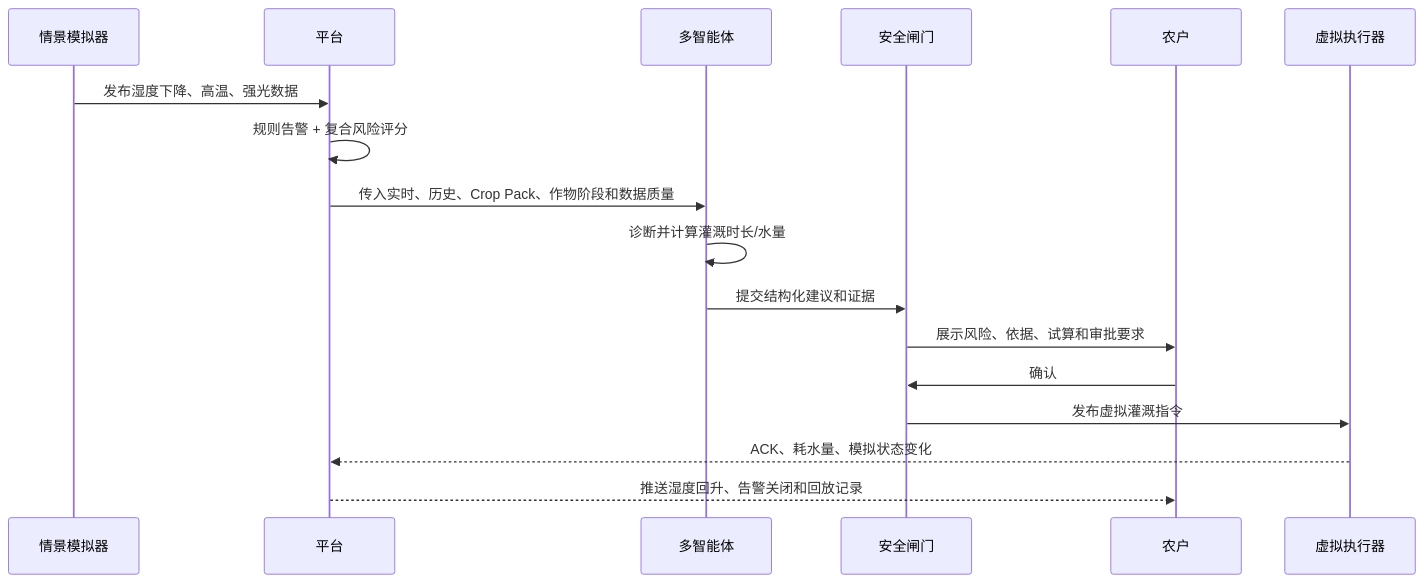
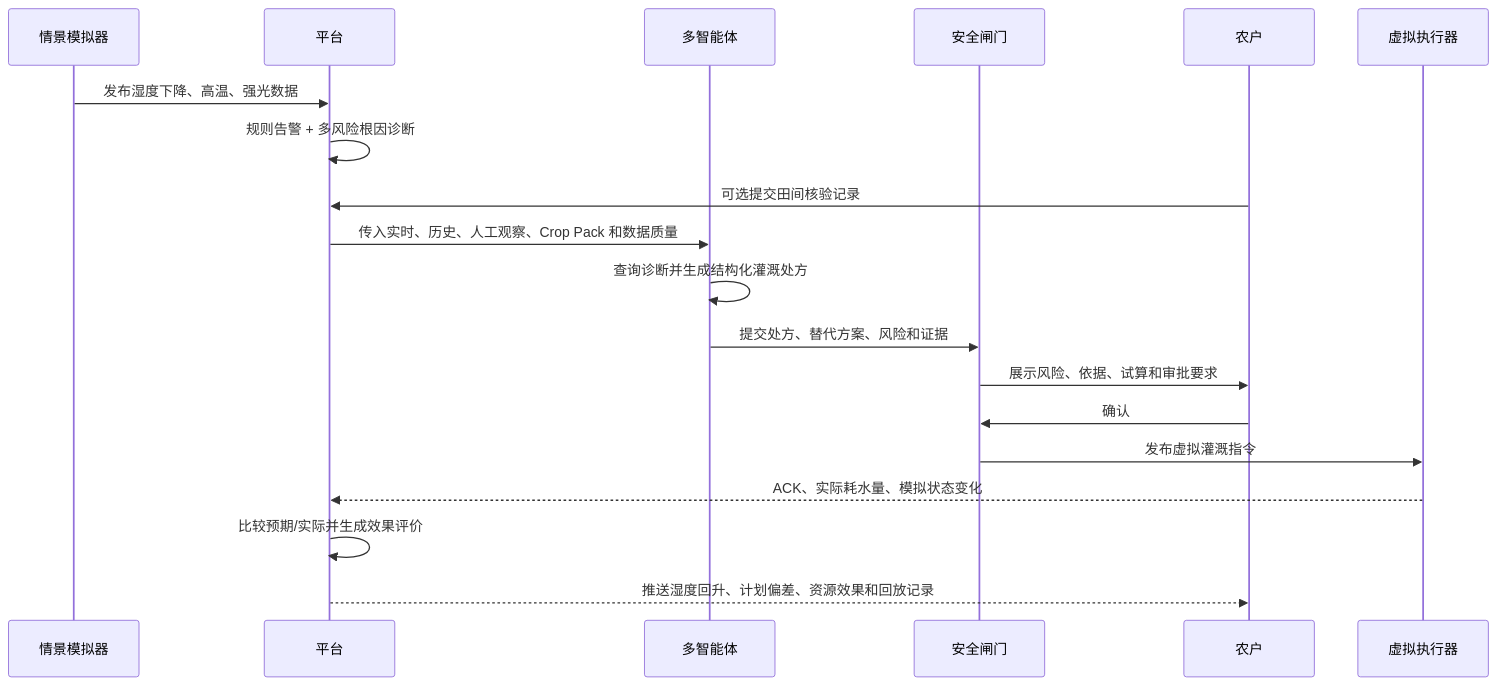
Before and after one commit to FlowerNeverFade/smart-agriculture: the third of 3 diagrams in README.md, drawn with Mermaid. The commit also changed other lines of this file and 6 other files, not shown here.

````diff
--- a/README.md
+++ b/README.md
@@ -147,19 +167,21 @@
 ```mermaid
 sequenceDiagram
     participant S as 情景模拟器
     participant P as 平台
     participant A as 多智能体
     participant G as 安全闸门
     participant U as 农户
     participant V as 虚拟执行器
     S->>P: 发布湿度下降、高温、强光数据
-    P->>P: 规则告警 + 复合风险评分
-    P->>A: 传入实时、历史、Crop Pack、作物阶段和数据质量
-    A->>A: 诊断并计算灌溉时长/水量
-    A->>G: 提交结构化建议和证据
+    P->>P: 规则告警 + 多风险根因诊断
+    U->>P: 可选提交田间核验记录
+    P->>A: 传入实时、历史、人工观察、Crop Pack 和数据质量
+    A->>A: 查询诊断并生成结构化灌溉处方
+    A->>G: 提交处方、替代方案、风险和证据
     G->>U: 展示风险、依据、试算和审批要求
     U->>G: 确认
     G->>V: 发布虚拟灌溉指令
-    V-->>P: ACK、耗水量、模拟状态变化
-    P-->>U: 推送湿度回升、告警关闭和回放记录
+    V-->>P: ACK、实际耗水量、模拟状态变化
+    P->>P: 比较预期/实际并生成效果评价
+    P-->>U: 推送湿度回升、计划偏差、资源效果和回放记录
 ```
````
